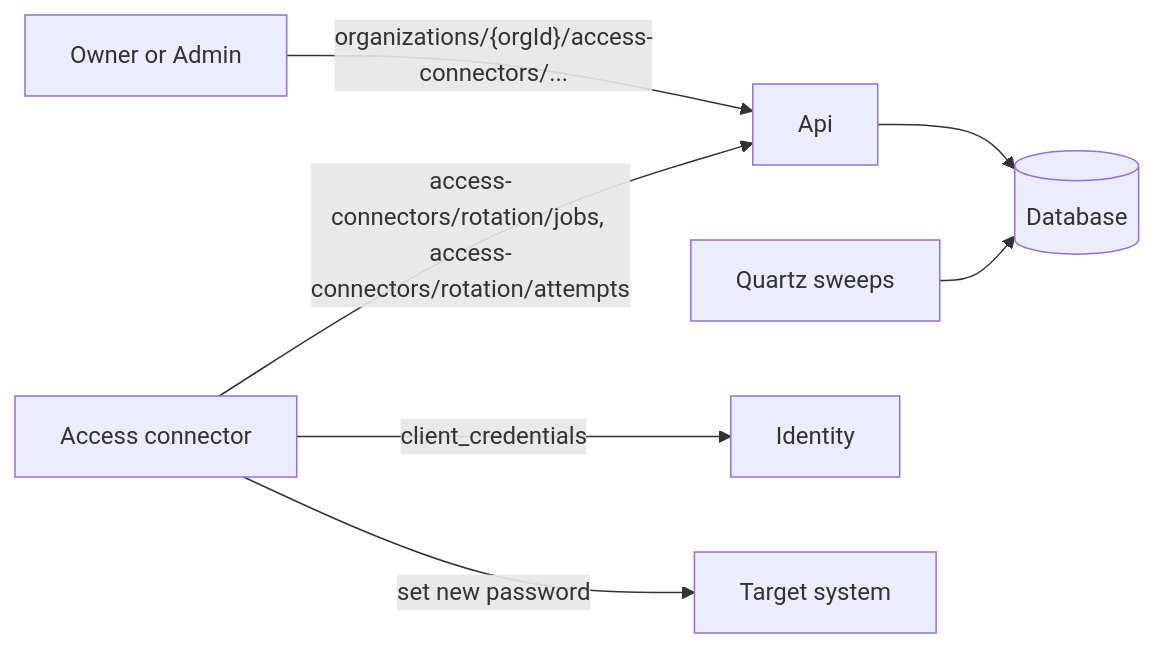
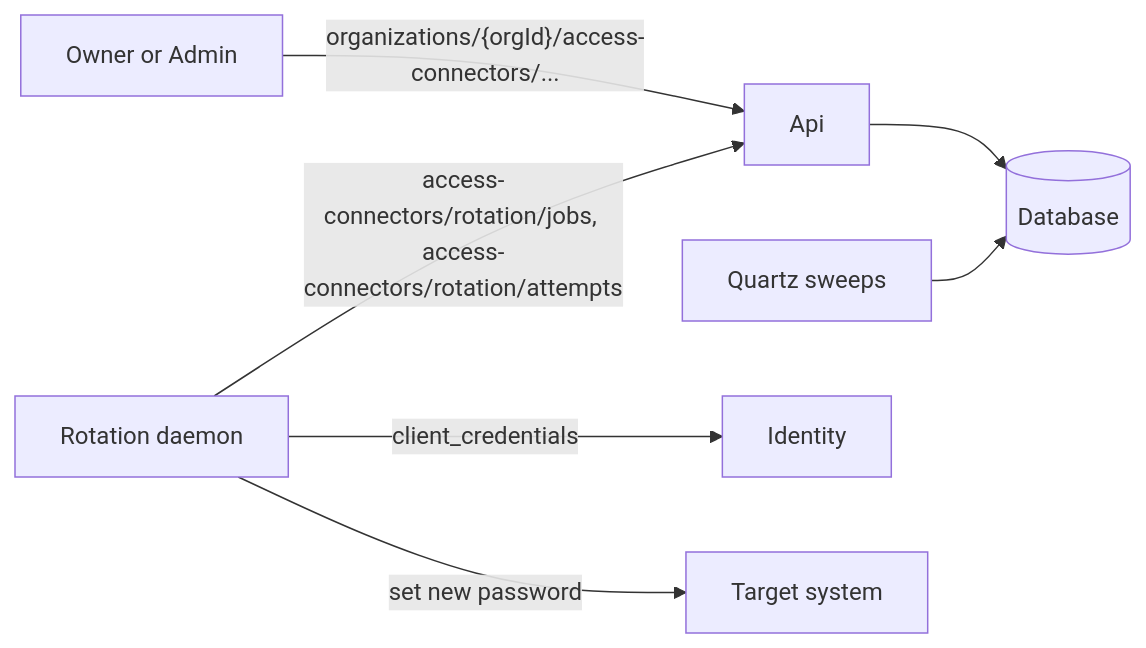
Before and after one commit to bitwarden/server: the diagram in bitwarden_license/src/Services/Pam/AccessConnector/README.md, drawn with Mermaid. The commit also changed other lines of this file and 91 other files, not shown here.

First line of the commit message:
Rotation Daemon (#7926)

````diff
--- a/bitwarden_license/src/Services/Pam/AccessConnector/README.md
+++ b/bitwarden_license/src/Services/Pam/AccessConnector/README.md
@@ -22,9 +21,9 @@
 ```mermaid
 flowchart LR
     Admin[Owner or Admin] -->|"organizations/{orgId}/access-connectors/..."| Api[Api]
     Api --> Db[(Database)]
     Sweep[Quartz sweeps] --> Db
-    Connector[Access connector] -->|client_credentials| Identity[Identity]
-    Connector -->|"access-connectors/rotation/jobs, access-connectors/rotation/attempts"| Api
-    Connector -->|set new password| Target[Target system]
+    Daemon[Rotation daemon] -->|client_credentials| Identity[Identity]
+    Daemon -->|"access-connectors/rotation/jobs, access-connectors/rotation/attempts"| Api
+    Daemon -->|set new password| Target[Target system]
 ```
````
